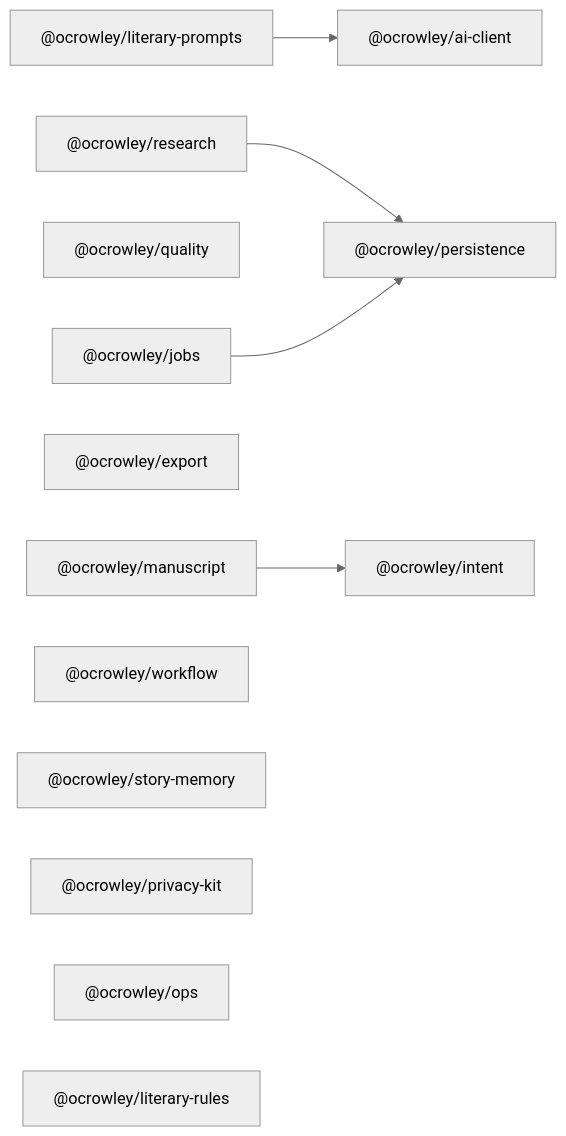
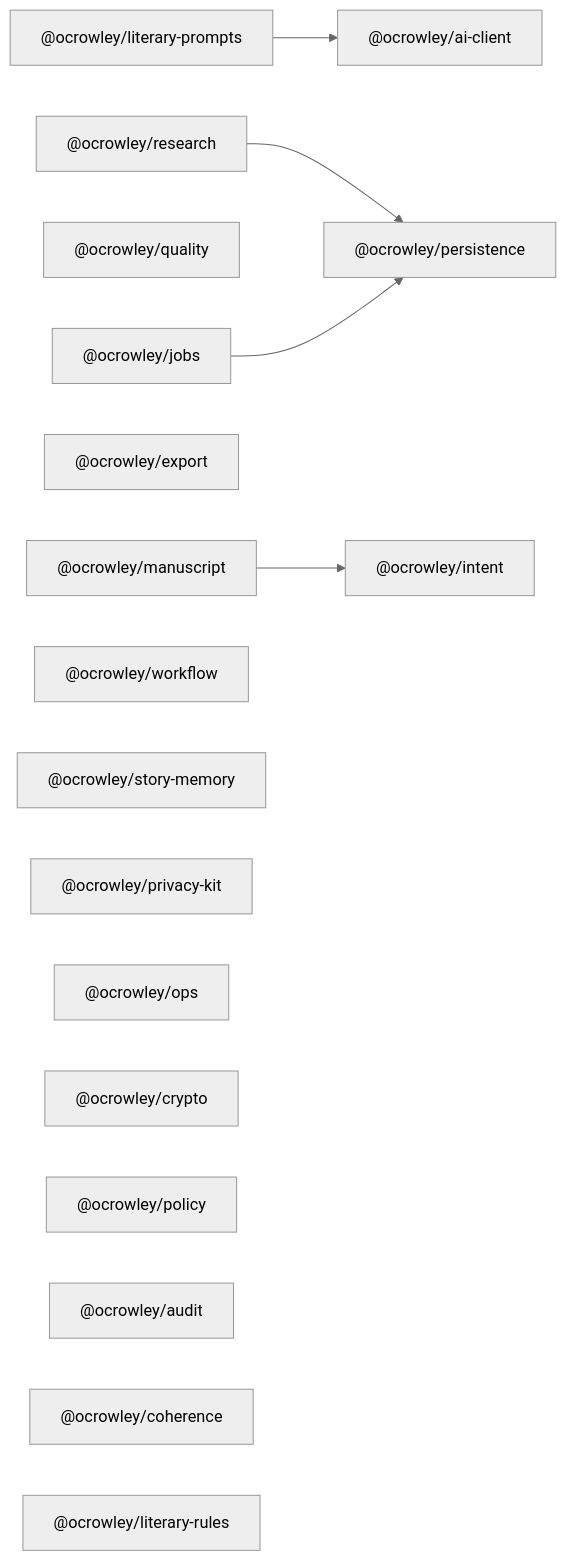
Before and after one commit to ocrowleymatt-stack/ocrowley-commons: the first of 2 diagrams in docs/ARCHITECTURE.md, drawn with Mermaid (neutral theme). The commit also changed 45 other files, not shown here.

````diff
--- a/docs/ARCHITECTURE.md
+++ b/docs/ARCHITECTURE.md
@@ -31,22 +31,26 @@
 ```mermaid
 flowchart LR
   aiClient["@ocrowley/ai-client"]
   intent["@ocrowley/intent"]
   persistence["@ocrowley/persistence"]
   prompts["@ocrowley/literary-prompts"]
   research["@ocrowley/research"]
   quality["@ocrowley/quality"]
   jobs["@ocrowley/jobs"]
   exportPkg["@ocrowley/export"]
   manuscript["@ocrowley/manuscript"]
   workflow["@ocrowley/workflow"]
   story["@ocrowley/story-memory"]
   privacy["@ocrowley/privacy-kit"]
   ops["@ocrowley/ops"]
+  crypto["@ocrowley/crypto"]
+  policyTs["@ocrowley/policy"]
+  auditTs["@ocrowley/audit"]
+  coherence["@ocrowley/coherence"]
   rules["@ocrowley/literary-rules"]
 
   prompts --> aiClient
   research --> persistence
   jobs --> persistence
   manuscript --> intent
 ```
````
